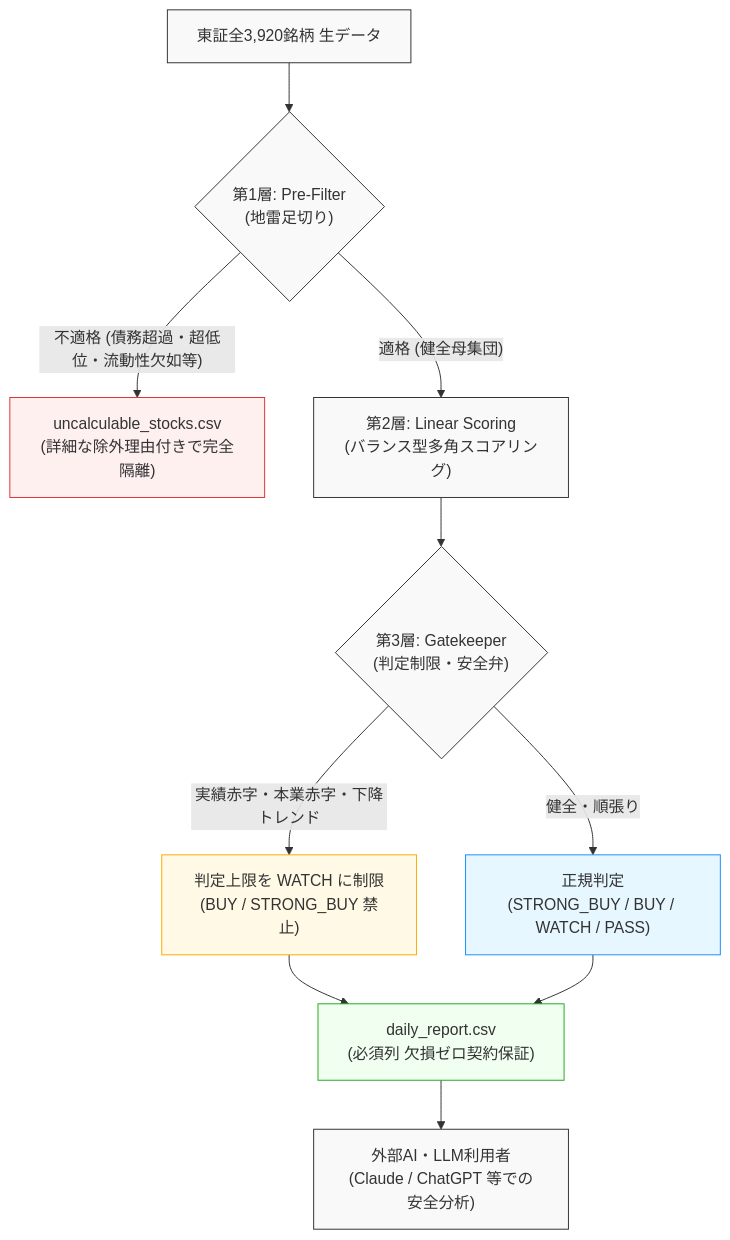
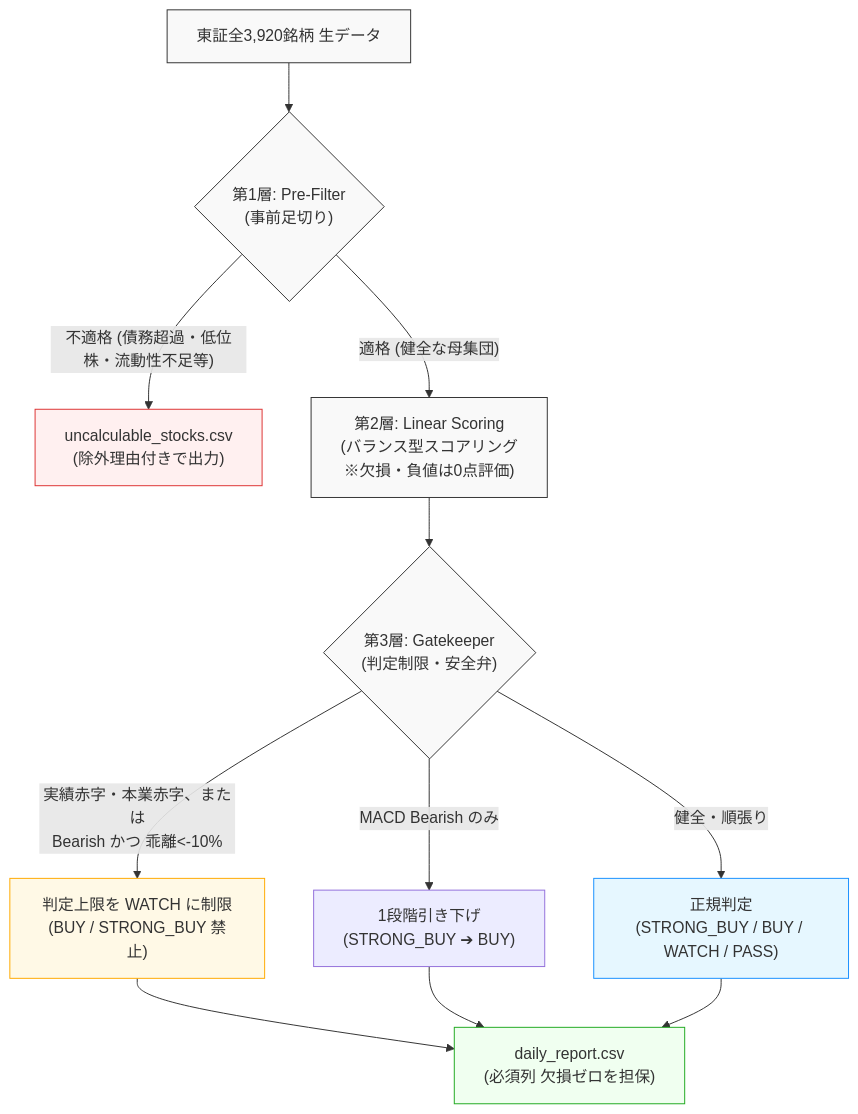
One commit to akkyey/stock-analyzer-core changed the second of 2 diagrams in docs/articles/qiita_part2_quant_gatekeeper.md. Above: the diagram before and after it, drawn with Mermaid. The commit also changed other lines of this file and 12 other files, not shown here.

Commit message:
docs & fix: update Qiita articles, add Colab & customization designs, and fix pre-filter/financial-repair

````diff
--- a/docs/articles/qiita_part2_quant_gatekeeper.md
+++ b/docs/articles/qiita_part2_quant_gatekeeper.md
@@ -121,26 +125,25 @@
 ```mermaid
 flowchart TD
-    Raw["東証全3,920銘柄 生データ"] --> L1{"第1層: Pre-Filter<br>(地雷足切り)"}
+    Raw["東証全3,920銘柄 生データ"] --> L1{"第1層: Pre-Filter<br>(事前足切り)"}
     
-    L1 -- "不適格 (債務超過・超低位・流動性欠如等)" --> Uncalc["uncalculable_stocks.csv<br>(詳細な除外理由付きで完全隔離)"]
-    L1 -- "適格 (健全母集団)" --> L2["第2層: Linear Scoring<br>(バランス型多角スコアリング)"]
+    L1 -- "不適格 (債務超過・低位株・流動性不足等)" --> Uncalc["uncalculable_stocks.csv<br>(除外理由付きで出力)"]
+    L1 -- "適格 (健全な母集団)" --> L2["第2層: Linear Scoring<br>(バランス型スコアリング<br>※欠損・負値は0点評価)"]
     
     L2 --> L3{"第3層: Gatekeeper<br>(判定制限・安全弁)"}
-    L3 -- "実績赤字・本業赤字・下降トレンド" --> Cap["判定上限を WATCH に制限<br>(BUY / STRONG_BUY 禁止)"]
+    L3 -- "実績赤字・本業赤字、または<br>Bearish かつ 乖離<-10%" --> Cap["判定上限を WATCH に制限<br>(BUY / STRONG_BUY 禁止)"]
+    L3 -- "MACD Bearish のみ" --> StepDown["1段階引き下げ<br>(STRONG_BUY ➔ BUY)"]
     L3 -- "健全・順張り" --> Normal["正規判定<br>(STRONG_BUY / BUY / WATCH / PASS)"]
     
-    Cap --> Daily["daily_report.csv<br>(必須列 欠損ゼロ契約保証)"]
+    Cap --> Daily["daily_report.csv<br>(必須列 欠損ゼロを担保)"]
+    StepDown --> Daily
     Normal --> Daily
-    
-    Daily --> AI["外部AI・LLM利用者<br>(Claude / ChatGPT 等での安全分析)"]
     
     style Raw fill:#f9f9f9,stroke:#333,stroke-width:1px,color:#333
     style L1 fill:#f9f9f9,stroke:#333,stroke-width:1px,color:#333
     style L2 fill:#f9f9f9,stroke:#333,stroke-width:1px,color:#333
     style L3 fill:#f9f9f9,stroke:#333,stroke-width:1px,color:#333
     style Uncalc fill:#fff0f0,stroke:#d33,stroke-width:1px,color:#333
     style Cap fill:#fff9e6,stroke:#fa0,stroke-width:1px,color:#333
     style Normal fill:#e6f7ff,stroke:#1890ff,stroke-width:1px,color:#333
     style Daily fill:#f0fff0,stroke:#2a2,stroke-width:1px,color:#333
-    style AI fill:#f9f9f9,stroke:#333,stroke-width:1px,color:#333
 ```
````
